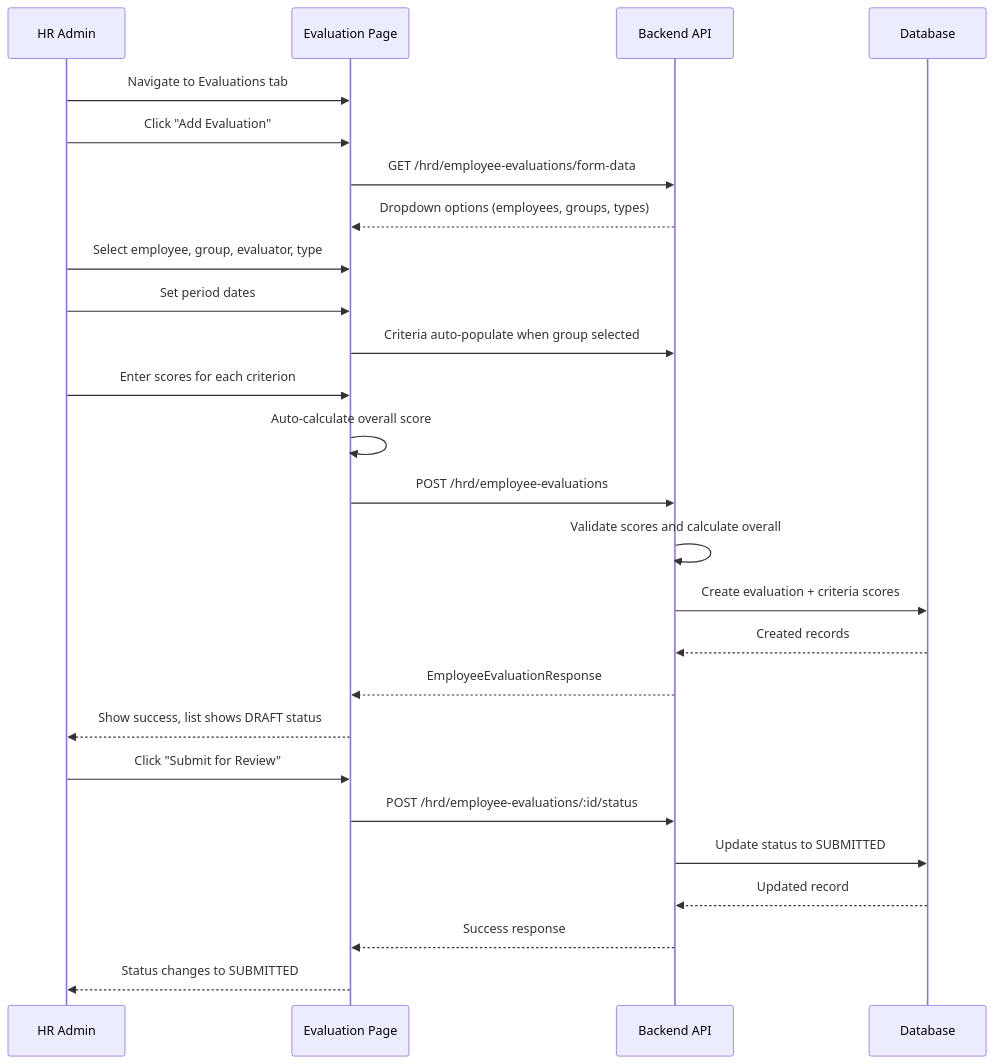
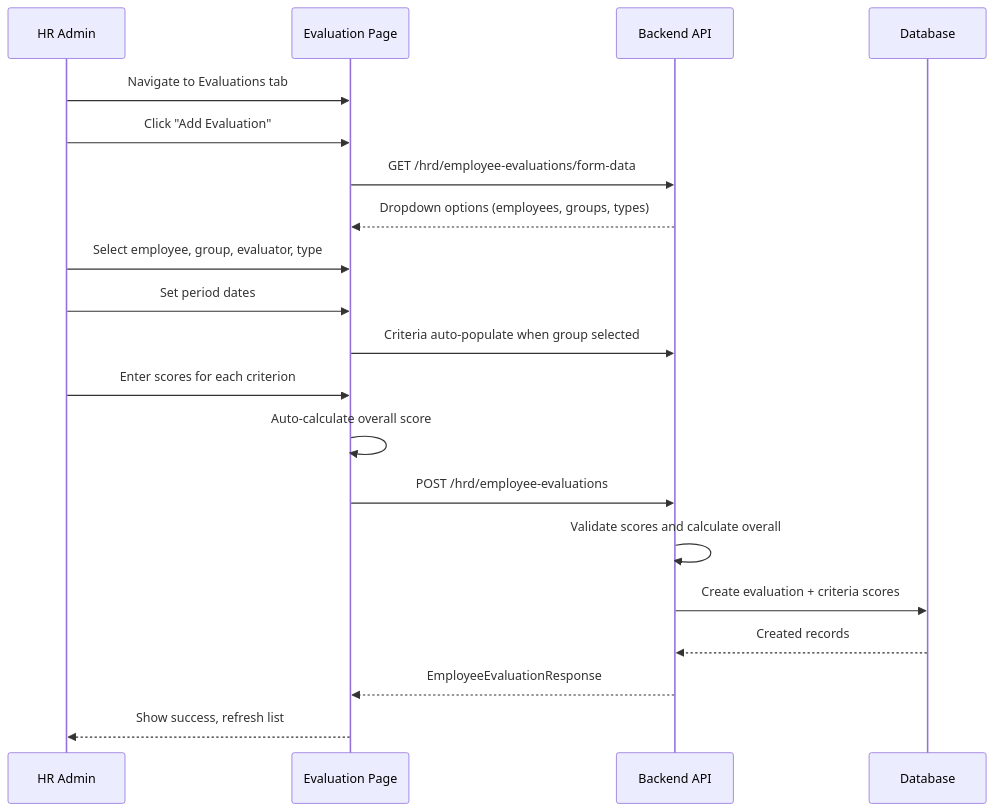
One commit to Gilabs-Studio/gims-platform changed the second of 2 diagrams in docs/features/HRD/hrd-evaluation.md. Above: the diagram before and after it, drawn with Mermaid. The commit also changed other lines of this file and 23 other files, not shown here.

First line of the commit message:
feat(hrd-evaluation): remove evaluation status field and align API, UI, seeder, and docs

````diff
--- a/docs/features/HRD/hrd-evaluation.md
+++ b/docs/features/HRD/hrd-evaluation.md
@@ -421,31 +395,24 @@
 ```mermaid
 sequenceDiagram
     participant HR as HR Admin
     participant UI as Evaluation Page
     participant API as Backend API
     participant DB as Database
 
     HR->>UI: Navigate to Evaluations tab
     HR->>UI: Click "Add Evaluation"
     UI->>API: GET /hrd/employee-evaluations/form-data
     API-->>UI: Dropdown options (employees, groups, types)
 
     HR->>UI: Select employee, group, evaluator, type
     HR->>UI: Set period dates
     UI->>API: Criteria auto-populate when group selected
     HR->>UI: Enter scores for each criterion
     UI->>UI: Auto-calculate overall score
     UI->>API: POST /hrd/employee-evaluations
     API->>API: Validate scores and calculate overall
     API->>DB: Create evaluation + criteria scores
     DB-->>API: Created records
     API-->>UI: EmployeeEvaluationResponse
-    UI-->>HR: Show success, list shows DRAFT status
-
-    HR->>UI: Click "Submit for Review"
-    UI->>API: POST /hrd/employee-evaluations/:id/status
-    API->>DB: Update status to SUBMITTED
-    DB-->>API: Updated record
-    API-->>UI: Success response
-    UI-->>HR: Status changes to SUBMITTED
+    UI-->>HR: Show success, refresh list
 ```
````
